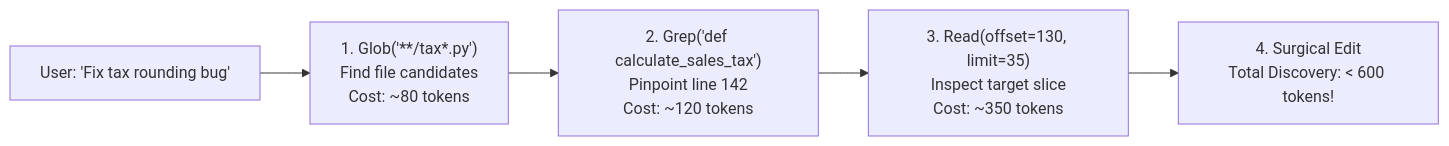
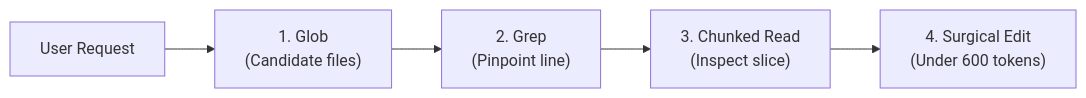
One commit to dip4k/claude_cert_architect_foundation_prep changed the second of 4 diagrams in scenarios/scenario_4_developer_productivity/SCENARIO_GUIDE.md. Above: the diagram before and after it, drawn with Mermaid. The commit also changed other lines of this file and 30 other files, not shown here.

Commit message:
docs: enhance domain and scenario guides with exam rules, golden rules, and simplified GitHub mermaid diagrams

````diff
--- a/scenarios/scenario_4_developer_productivity/SCENARIO_GUIDE.md
+++ b/scenarios/scenario_4_developer_productivity/SCENARIO_GUIDE.md
@@ -31,7 +81,7 @@
 ```mermaid
 flowchart LR
-    Start["User: 'Fix tax rounding bug'"] --> Step1["1. Glob('**/tax*.py')<br/>Find file candidates<br/>Cost: ~80 tokens"]
-    Step1 --> Step2["2. Grep('def calculate_sales_tax')<br/>Pinpoint line 142<br/>Cost: ~120 tokens"]
-    Step2 --> Step3["3. Read(offset=130, limit=35)<br/>Inspect target slice<br/>Cost: ~350 tokens"]
-    Step3 --> Edit["4. Surgical Edit<br/>Total Discovery: < 600 tokens!"]
+    Start["User Request"] --> Step1["1. Glob<br/>(Candidate files)"]
+    Step1 --> Step2["2. Grep<br/>(Pinpoint line)"]
+    Step2 --> Step3["3. Chunked Read<br/>(Inspect slice)"]
+    Step3 --> Edit["4. Surgical Edit<br/>(Under 600 tokens)"]
 ```
````
